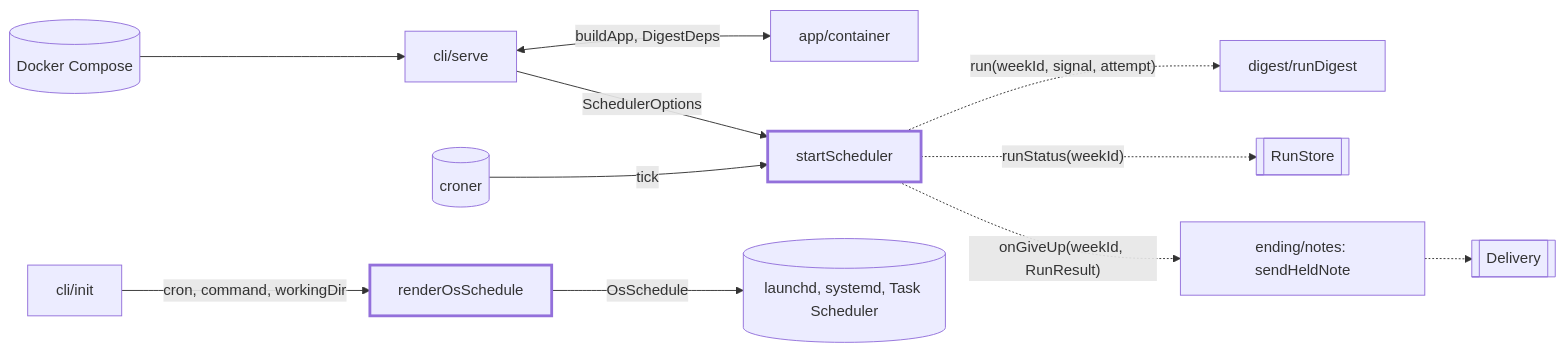
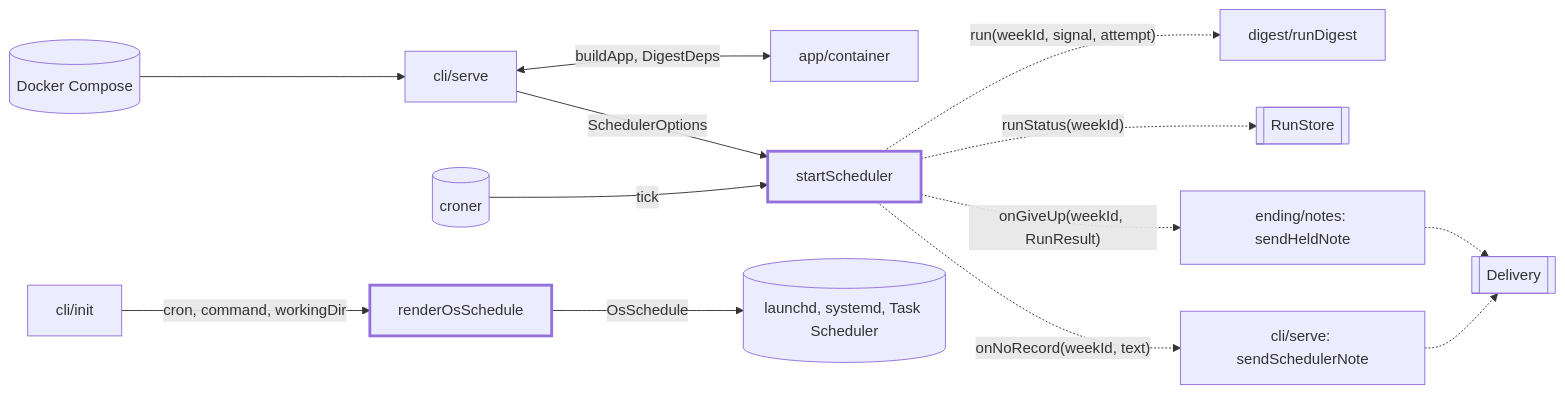
The first of 2 diagrams in src/scheduler/CLAUDE.md (odere-pro/weekly-engineering-digest-agent), drawn with Mermaid before and after one commit. The commit also changed other lines of this file and 72 other files, not shown here.

````diff
--- a/src/scheduler/CLAUDE.md
+++ b/src/scheduler/CLAUDE.md
@@ -10,12 +10,13 @@
 ```mermaid
 flowchart LR
   compose[("Docker Compose")] --> serve["cli/serve"] <-->|"buildApp, DigestDeps"| container["app/container"]
   serve -->|"SchedulerOptions"| sched["startScheduler"]:::focus
   cron[("croner")] -->|"tick"| sched
   sched -.->|"run(weekId, signal, attempt)"| runDigest["digest/runDigest"]
   sched -.->|"runStatus(weekId)"| store[[RunStore]]
   sched -.->|"onGiveUp(weekId, RunResult)"| held["ending/notes: sendHeldNote"] -.-> delivery[[Delivery]]
+  sched -.->|"onNoRecord(weekId, text)"| own["cli/serve: sendSchedulerNote"] -.-> delivery
   init["cli/init"] -->|"cron, command, workingDir"| os["renderOsSchedule"]:::focus
   os -->|"OsSchedule"| host[("launchd, systemd, Task Scheduler")]
   classDef focus stroke-width:3px
 ```
````
